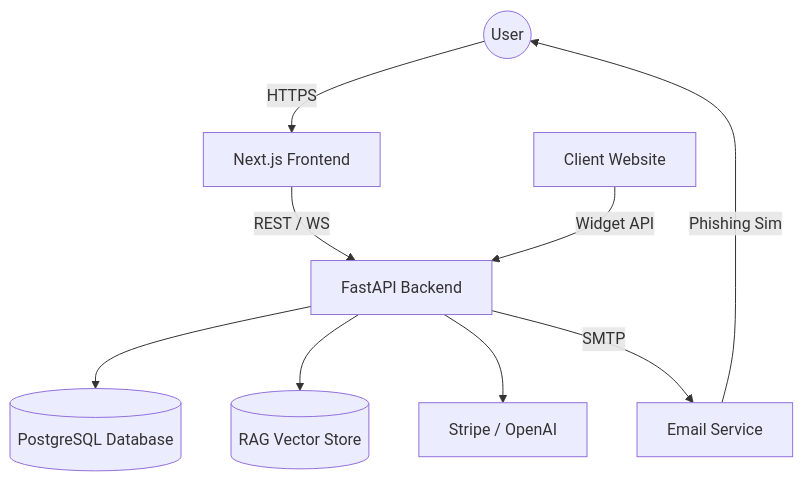
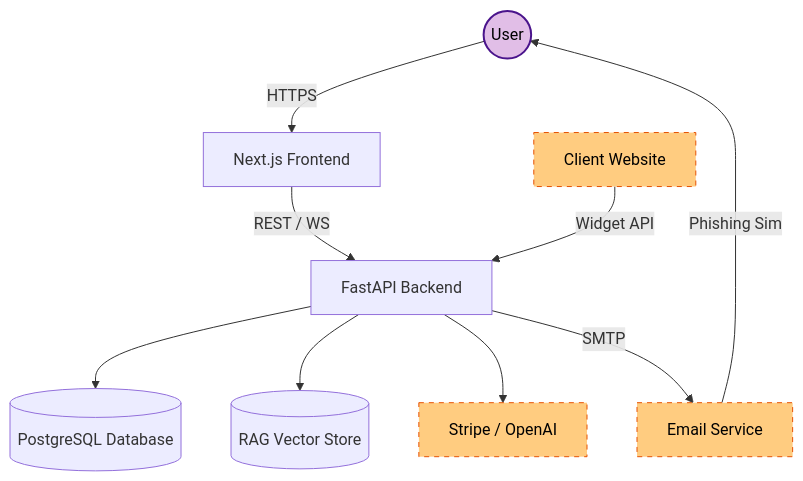
One commit to NoorAhmed786/SecureGuard changed the diagram in README.md. Above: the diagram before and after it, drawn with Mermaid. The commit also changed 1 other file, not shown here.

Commit message:
UI: Improve Mermaid diagram visibility with high-contrast colors

````diff
--- a/README.md
+++ b/README.md
@@ -72,15 +72,21 @@
 ```mermaid
 graph TD
     User(("User")) -->|HTTPS| Frontend["Next.js Frontend"]
     Frontend -->|REST / WS| Backend["FastAPI Backend"]
     Backend --> DB[("PostgreSQL Database")]
     Backend --> Vector[("RAG Vector Store")]
     Backend --> External["Stripe / OpenAI"]
     
     %% Widget Flow
     ClientSite["Client Website"] -->|Widget API| Backend
     
     %% Simulation Flow
     Backend -->|SMTP| Email["Email Service"]
     Email -->|Phishing Sim| User
+
+    %% Styles for visibility
+    style User fill:#e1bee7,stroke:#4a148c,stroke-width:2px,color:#000
+    style ClientSite fill:#ffcc80,stroke:#e65100,stroke-dasharray: 5 5,color:#000
+    style External fill:#ffcc80,stroke:#e65100,stroke-dasharray: 5 5,color:#000
+    style Email fill:#ffcc80,stroke:#e65100,stroke-dasharray: 5 5,color:#000
 ```
````
